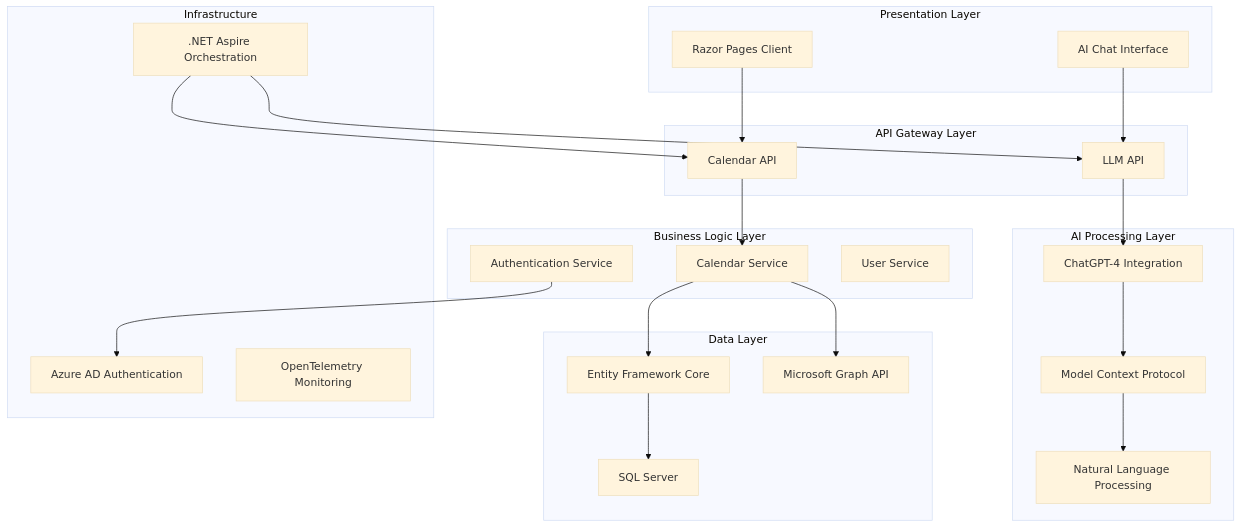
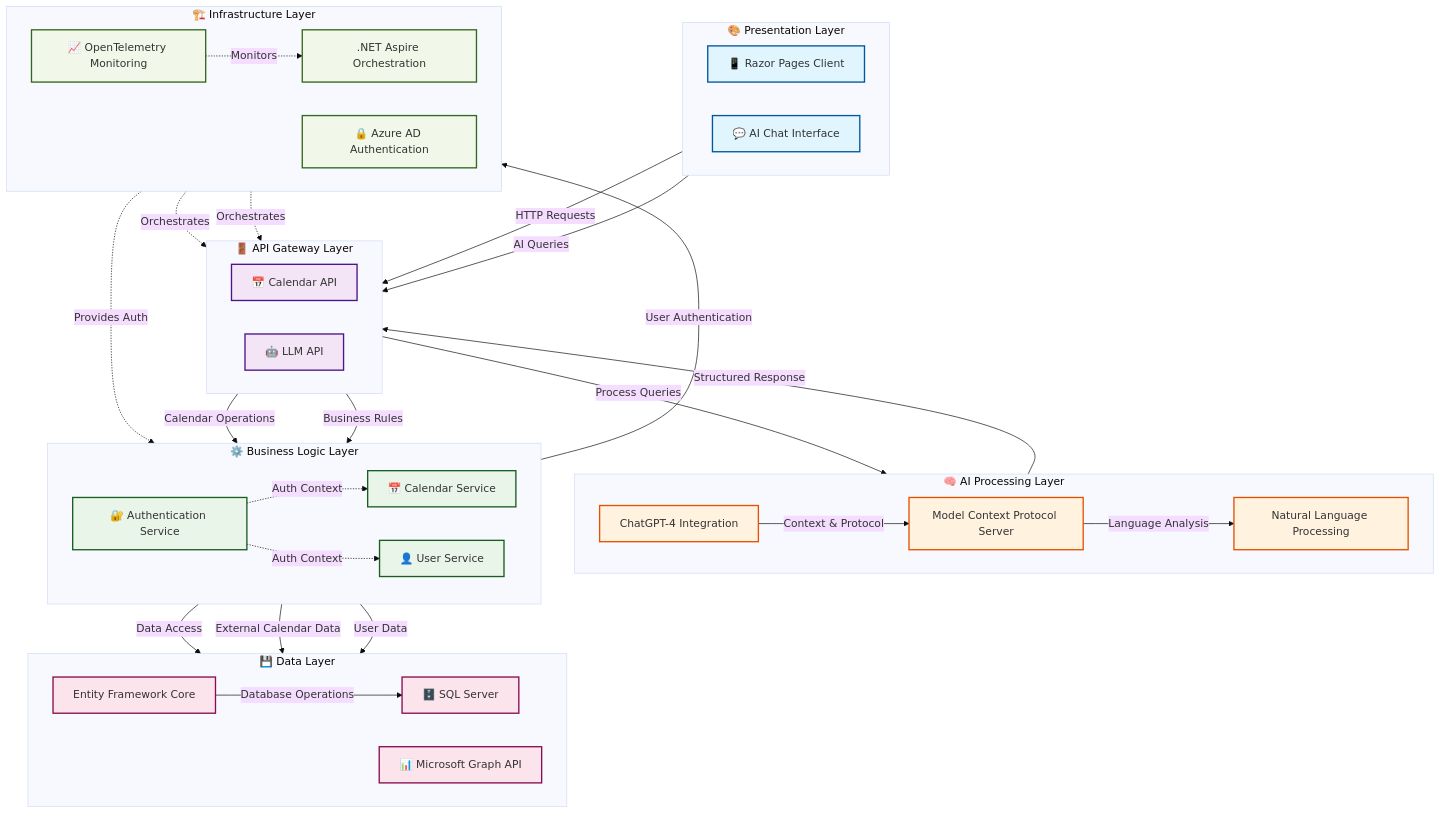
One commit to siddhraj-sinh/AICalendar changed the first of 2 diagrams in README.md. Above: the diagram before and after it, drawn with Mermaid (base theme). The commit also changed other lines of this file, not shown here.

````diff
--- a/README.md
+++ b/README.md
@@ -27,49 +27,96 @@
 ```mermaid
 graph TB
-    subgraph "Presentation Layer"
-        A[Razor Pages Client] 
-        B[AI Chat Interface]
+    %% User Interface Layer (Top)
+    subgraph "🎨 Presentation Layer"
+        direction LR
+        A[📱 Razor Pages Client]
+        B[💬 AI Chat Interface]
     end
     
-    subgraph "API Gateway Layer"
-        C[Calendar API]
-        D[LLM API]
+    %% API Gateway Layer
+    subgraph "🚪 API Gateway Layer"
+        direction LR
+        C[📅 Calendar API]
+        D[🤖 LLM API]
     end
     
-    subgraph "AI Processing Layer"
+    %% AI Processing happens here in the flow
+    subgraph "🧠 AI Processing Layer"
+        direction LR
         E[ChatGPT-4 Integration]
-        F[Model Context Protocol]
+        F[Model Context Protocol Server]
         G[Natural Language Processing]
     end
     
-    subgraph "Business Logic Layer"
-        H[Calendar Service]
-        I[Authentication Service]
-        J[User Service]
+    %% Business Logic Layer
+    subgraph "⚙️ Business Logic Layer"
+        direction LR
+        H[📅 Calendar Service]
+        I[🔐 Authentication Service]
+        J[👤 User Service]
     end
     
-    subgraph "Data Layer"
+    %% Data Access Layer
+    subgraph "💾 Data Layer"
+        direction LR
         K[Entity Framework Core]
-        L[SQL Server]
-        M[Microsoft Graph API]
+        L[🗄️ SQL Server]
+        M[📊 Microsoft Graph API]
     end
     
-    subgraph "Infrastructure"
+    %% Infrastructure Layer (Bottom)
+    subgraph "🏗️ Infrastructure Layer"
+        direction LR
         N[.NET Aspire Orchestration]
-        O[Azure AD Authentication]
-        P[OpenTelemetry Monitoring]
+        O[🔒 Azure AD Authentication]
+        P[📈 OpenTelemetry Monitoring]
     end
     
-    A --> C
-    B --> D
-    C --> H
-    D --> E
-    E --> F
-    F --> G
-    H --> K
-    I --> O
-    K --> L
-    H --> M
-    N --> C
-    N --> D
+    %% User Flow Connections
+    A -->|HTTP Requests| C
+    B -->|AI Queries| D
+    
+    %% API to AI Processing
+    D -->|Process Queries| E
+    E -->|Context & Protocol| F
+    F -->|Language Analysis| G
+    G -->|Structured Response| D
+    
+    %% API to Business Logic
+    C -->|Calendar Operations| H
+    D -->|Business Rules| H
+    
+    %% Business Logic to Data
+    H -->|Data Access| K
+    H -->|External Calendar Data| M
+    I -->|User Authentication| O
+    J -->|User Data| K
+    
+    %% Data Layer
+    K -->|Database Operations| L
+    
+    %% Infrastructure Support
+    N -.->|Orchestrates| C
+    N -.->|Orchestrates| D
+    O -.->|Provides Auth| I
+    P -.->|Monitors| N
+    
+    %% Cross-cutting concerns
+    I -.->|Auth Context| H
+    I -.->|Auth Context| J
+    
+    %% Styling for better visual hierarchy
+    classDef presentationLayer fill:#e1f5fe,stroke:#01579b,stroke-width:2px
+    classDef apiLayer fill:#f3e5f5,stroke:#4a148c,stroke-width:2px
+    classDef aiLayer fill:#fff3e0,stroke:#e65100,stroke-width:2px
+    classDef businessLayer fill:#e8f5e8,stroke:#1b5e20,stroke-width:2px
+    classDef dataLayer fill:#fce4ec,stroke:#880e4f,stroke-width:2px
+    classDef infraLayer fill:#f1f8e9,stroke:#33691e,stroke-width:2px
+    
+    class A,B presentationLayer
+    class C,D apiLayer
+    class E,F,G aiLayer
+    class H,I,J businessLayer
+    class K,L,M dataLayer
+    class N,O,P infraLayer
 ```
````
